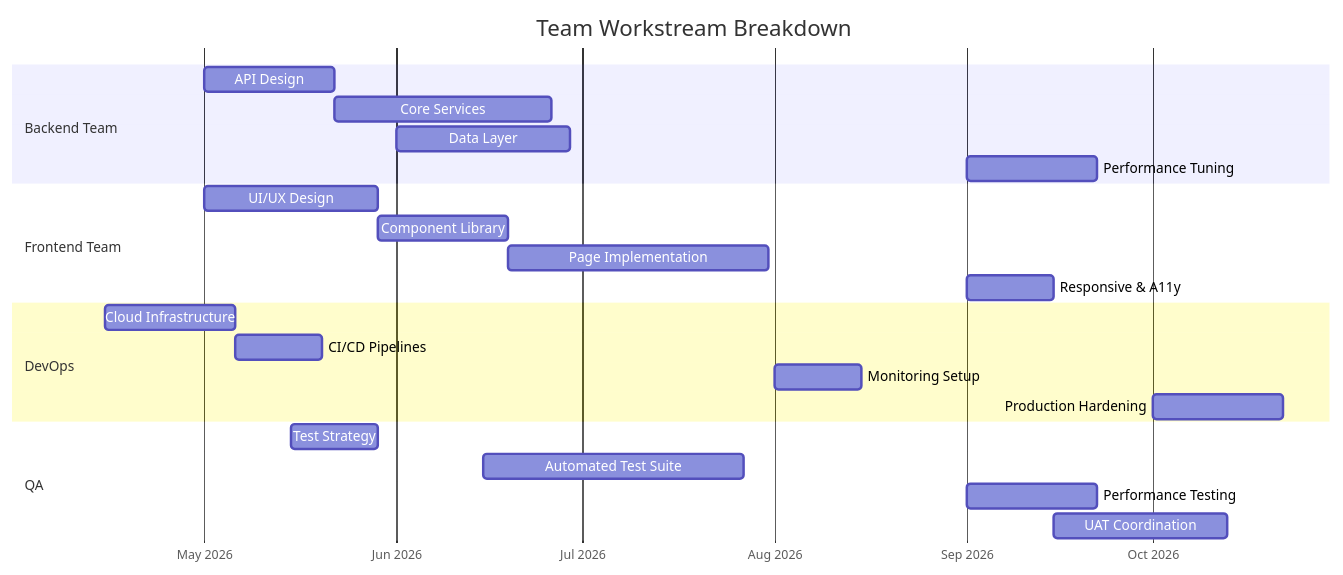
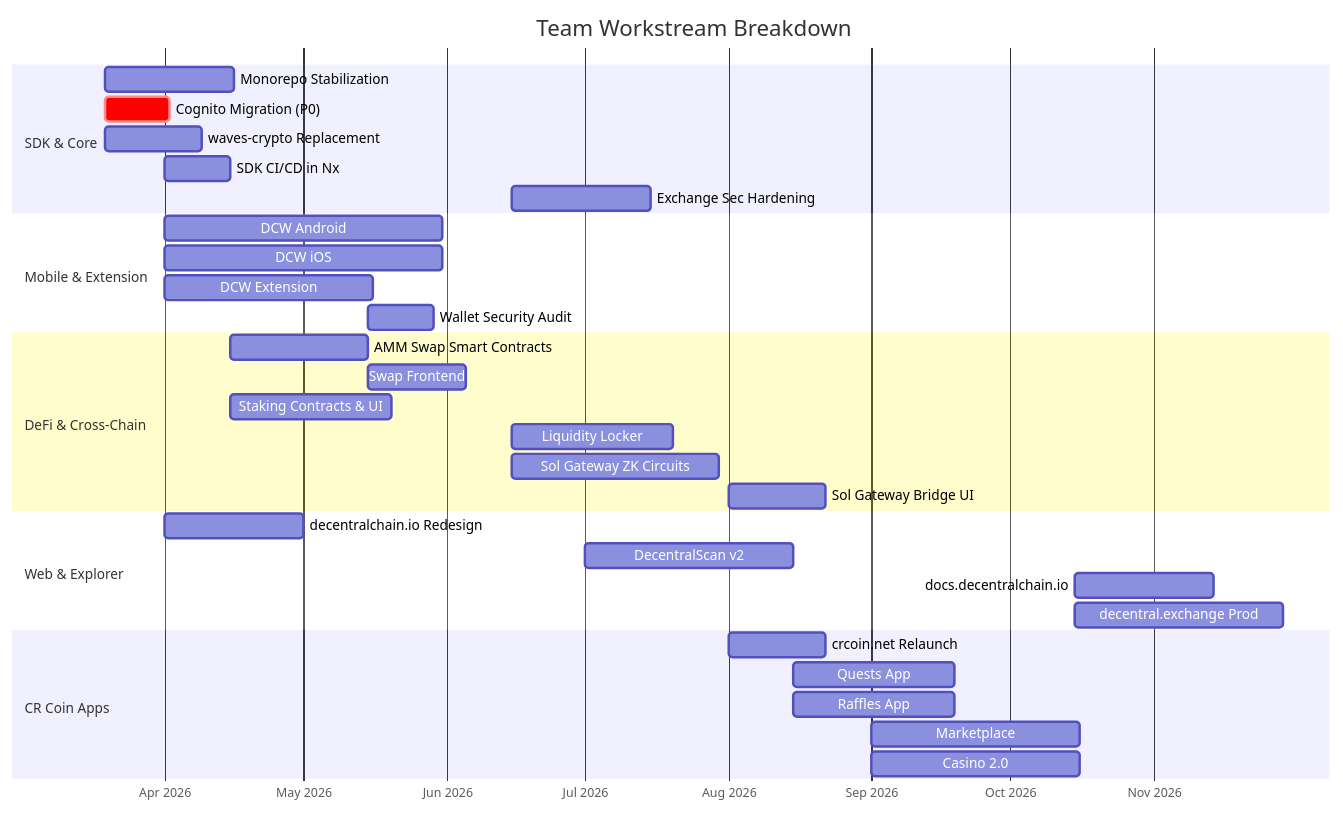
Before and after one commit to 33imattei33/roadmap-project: the fourth of 11 diagrams in ROADMAP.md, drawn with Mermaid. The commit also changed other lines of this file and 6 other files, not shown here.

First line of the commit message:
Replace placeholder roadmap with real DecentralChain ecosystem data

````diff
--- a/ROADMAP.md
+++ b/ROADMAP.md
@@ -82,30 +168,40 @@
 ```mermaid
 gantt
     title Team Workstream Breakdown
     dateFormat  YYYY-MM-DD
     axisFormat  %b %Y
 
-    section Backend Team
-    API Design             :be1, 2026-05-01, 21d
-    Core Services           :be2, after be1, 35d
-    Data Layer              :be3, 2026-06-01, 28d
-    Performance Tuning      :be4, 2026-09-01, 21d
+    section SDK & Core
+    Monorepo Stabilization       :s1, 2026-03-19, 28d
+    Cognito Migration (P0)       :crit, s2, 2026-03-19, 14d
+    waves-crypto Replacement     :s3, 2026-03-19, 21d
+    SDK CI/CD in Nx              :s4, 2026-04-01, 14d
+    Exchange Sec Hardening       :s5, 2026-06-15, 30d
 
-    section Frontend Team
-    UI/UX Design            :fe1, 2026-05-01, 28d
-    Component Library       :fe2, after fe1, 21d
-    Page Implementation     :fe3, after fe2, 42d
-    Responsive & A11y       :fe4, 2026-09-01, 14d
+    section Mobile & Extension
+    DCW Android                  :w1, 2026-04-01, 60d
+    DCW iOS                      :w2, 2026-04-01, 60d
+    DCW Extension                :w3, 2026-04-01, 45d
+    Wallet Security Audit        :w4, 2026-05-15, 14d
 
-    section DevOps
-    Cloud Infrastructure    :do1, 2026-04-15, 21d
-    CI/CD Pipelines         :do2, after do1, 14d
-    Monitoring Setup        :do3, 2026-08-01, 14d
-    Production Hardening    :do4, 2026-10-01, 21d
+    section DeFi & Cross-Chain
+    AMM Swap Smart Contracts     :df1, 2026-04-15, 30d
+    Swap Frontend                :df2, 2026-05-15, 21d
+    Staking Contracts & UI       :df3, 2026-04-15, 35d
+    Liquidity Locker             :df4, 2026-06-15, 35d
+    Sol Gateway ZK Circuits      :df5, 2026-06-15, 45d
+    Sol Gateway Bridge UI        :df6, 2026-08-01, 21d
 
-    section QA
-    Test Strategy           :qa1, 2026-05-15, 14d
-    Automated Test Suite    :qa2, 2026-06-15, 42d
-    Performance Testing     :qa3, 2026-09-01, 21d
-    UAT Coordination        :qa4, 2026-09-15, 28d
+    section Web & Explorer
+    decentralchain.io Redesign   :wb1, 2026-04-01, 30d
+    DecentralScan v2             :wb2, 2026-07-01, 45d
+    docs.decentralchain.io       :wb3, 2026-10-15, 30d
+    decentral.exchange Prod      :wb4, 2026-10-15, 45d
+
+    section CR Coin Apps
+    crcoin.net Relaunch          :cr1, 2026-08-01, 21d
+    Quests App                   :cr2, 2026-08-15, 35d
+    Raffles App                  :cr3, 2026-08-15, 35d
+    Marketplace                  :cr4, 2026-09-01, 45d
+    Casino 2.0                   :cr5, 2026-09-01, 45d
 ```
````
